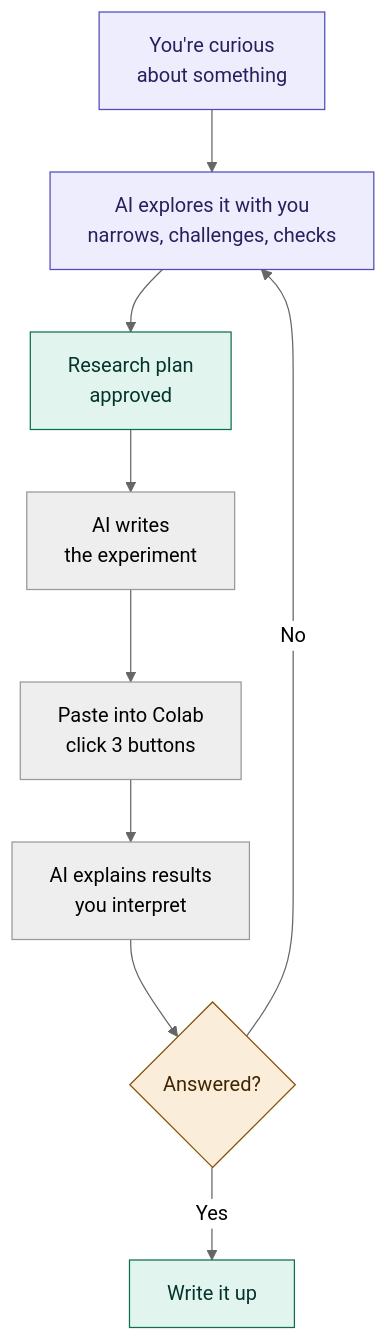
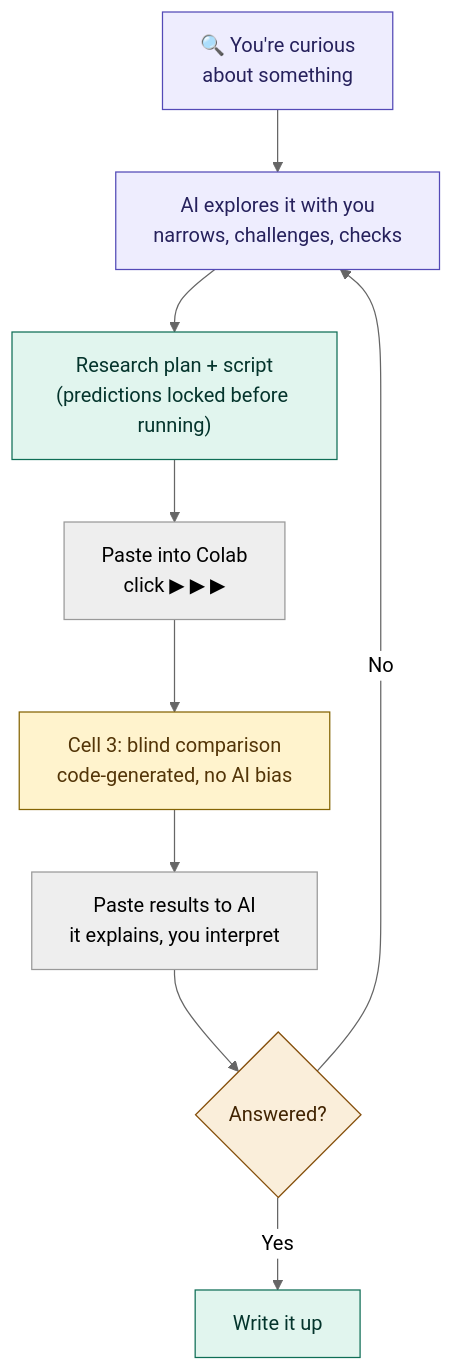
One commit to RenSolvyn/aegis-framework changed the diagram in README.md. Above: the diagram before and after it, drawn with Mermaid (neutral theme). The commit also changed other lines of this file, not shown here.

````diff
--- a/README.md
+++ b/README.md
@@ -54,17 +54,18 @@
 ```mermaid
 flowchart TD
-    Q["You're curious\nabout something"] --> B["AI explores it with you\nnarrows, challenges, checks"]
-    B --> P["Research plan\napproved"]
-    P --> R["AI writes\nthe experiment"]
-    R --> RUN["Paste into Colab\nclick 3 buttons"]
-    RUN --> RE["AI explains results\nyou interpret"]
+    Q["🔍 You're curious\nabout something"] --> B["AI explores it with you\nnarrows, challenges, checks"]
+    B --> P["Research plan + script\n(predictions locked before running)"]
+    P --> RUN["Paste into Colab\nclick ▶ ▶ ▶"]
+    RUN --> C3["Cell 3: blind comparison\ncode-generated, no AI bias"]
+    C3 --> RE["Paste results to AI\nit explains, you interpret"]
     RE --> D{"Answered?"}
     D -->|Yes| W["Write it up"]
     D -->|No| B
 
     style Q fill:#EEEDFE,stroke:#534AB7,color:#26215C
     style B fill:#EEEDFE,stroke:#534AB7,color:#26215C
     style P fill:#E1F5EE,stroke:#0F6E56,color:#04342C
+    style C3 fill:#FFF3CD,stroke:#856404,color:#533508
     style W fill:#E1F5EE,stroke:#0F6E56,color:#04342C
     style D fill:#FAEEDA,stroke:#854F0B,color:#412402
 ```
````
